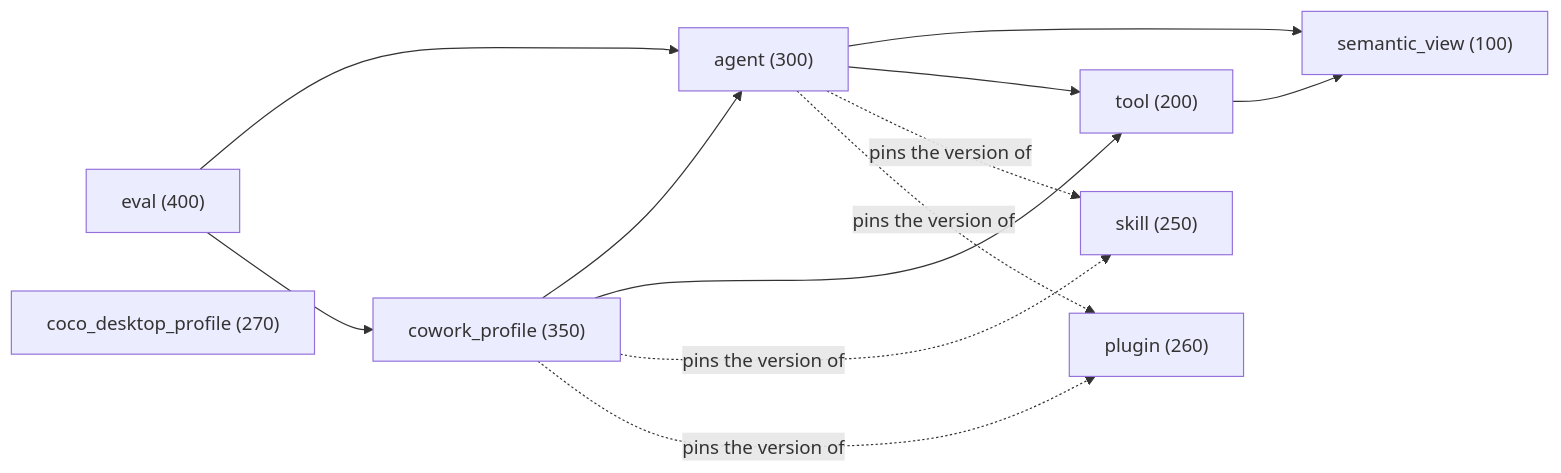
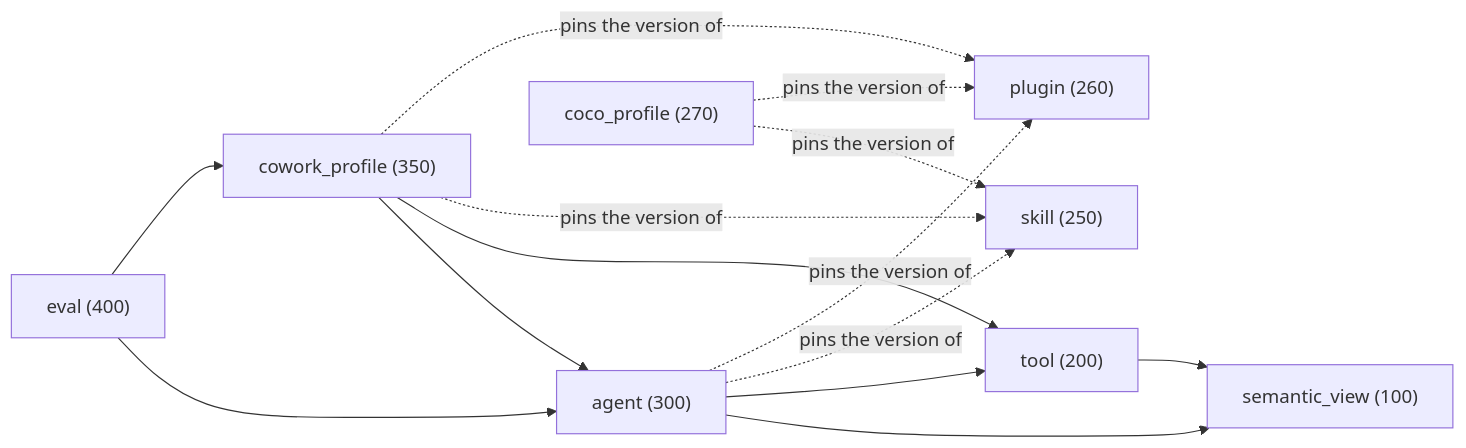
The first of 3 diagrams in docs/concepts.md (WhoopInc/snowflake-semantic-tools), drawn with Mermaid before and after one commit. The commit also changed other lines of this file and 283 other files, not shown here.

First line of the commit message:
feat!: publish Cortex Code agent profiles in place of the CoCo Desktop profile registry

````diff
--- a/docs/concepts.md
+++ b/docs/concepts.md
@@ -30,15 +30,16 @@
 ```mermaid
 flowchart LR
     tool["tool (200)"] --> semantic_view["semantic_view (100)"]
     agent["agent (300)"] --> semantic_view
     agent --> tool
     agent -.->|pins the version of| skill["skill (250)"]
     agent -.->|pins the version of| plugin["plugin (260)"]
     cowork_profile["cowork_profile (350)"] --> agent
     cowork_profile --> tool
     cowork_profile -.->|pins the version of| skill
     cowork_profile -.->|pins the version of| plugin
     evals["eval (400)"] --> agent
     evals --> cowork_profile
-    coco_desktop_profile["coco_desktop_profile (270)"]
+    coco_profile["coco_profile (270)"] -.->|pins the version of| skill
+    coco_profile -.->|pins the version of| plugin
 ```
````
